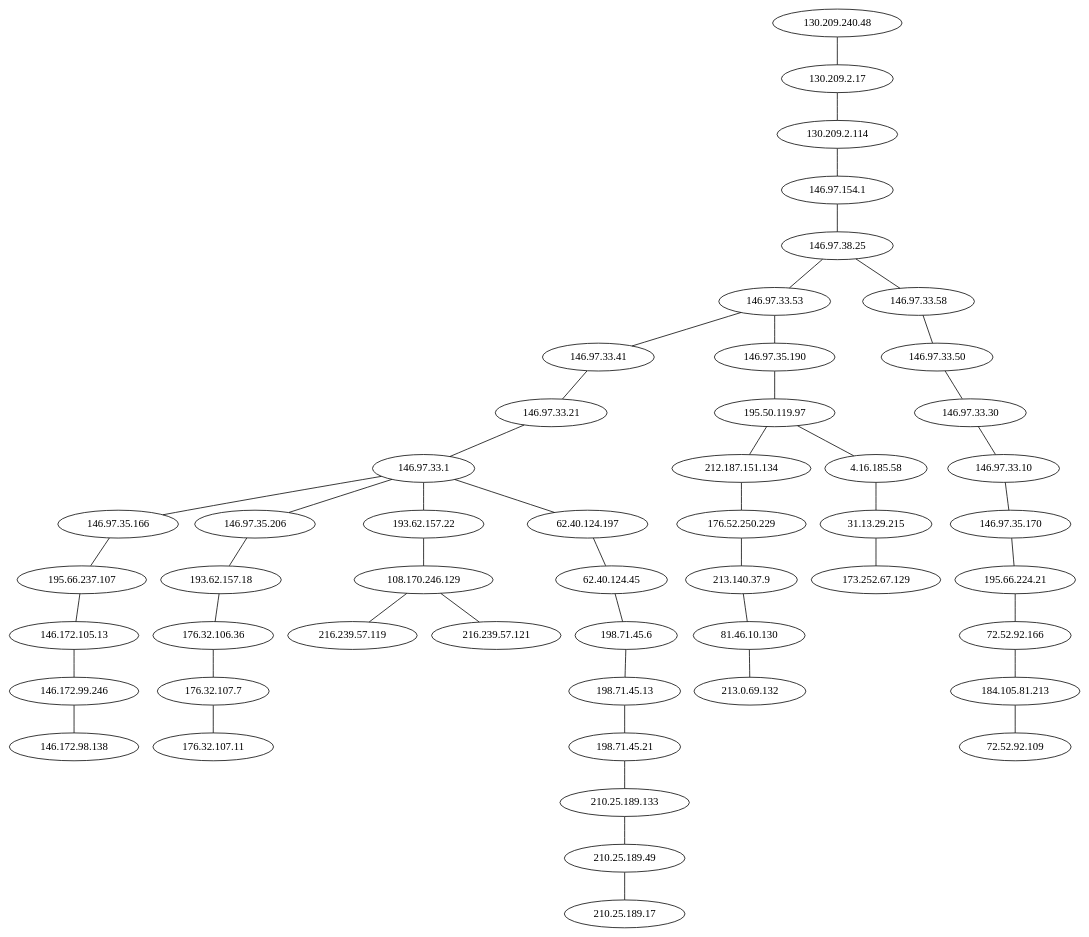
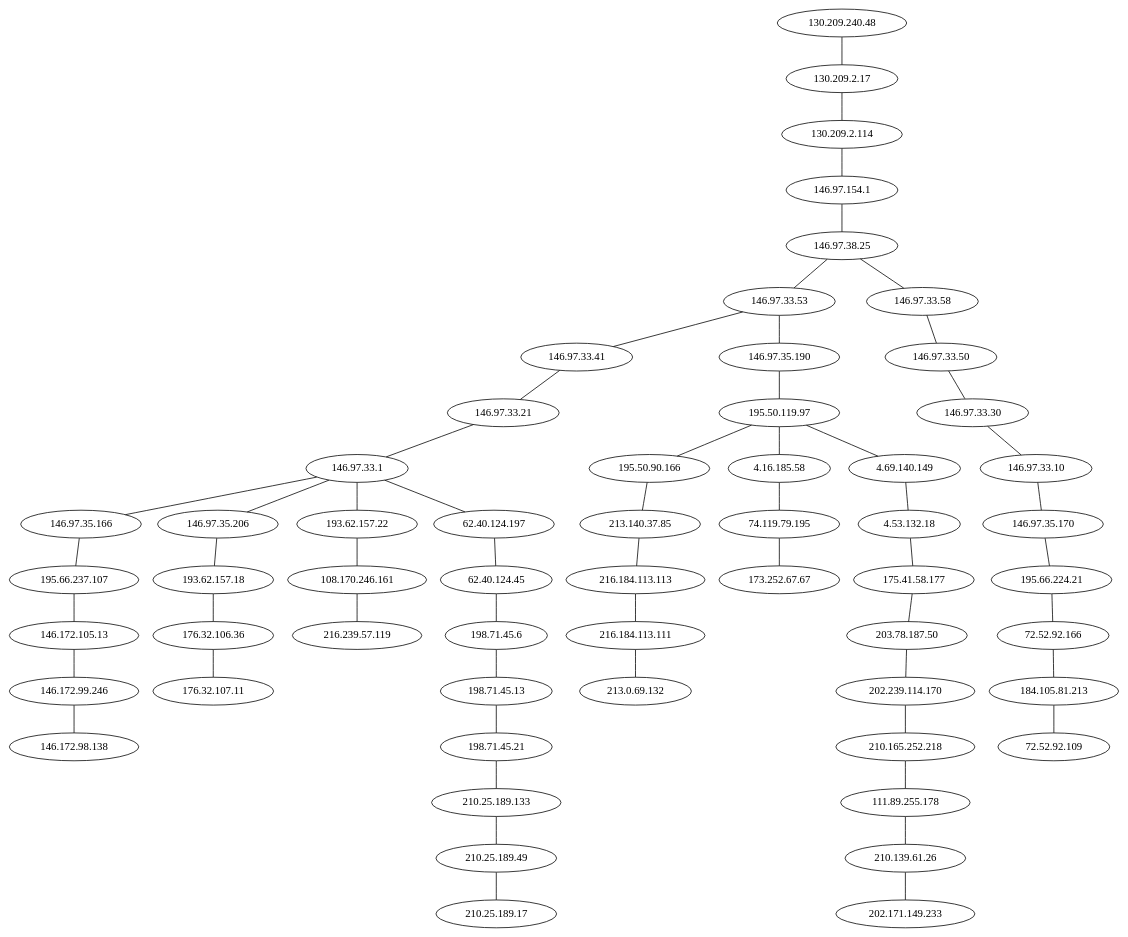
One commit to AlexTrew/Network_Topology changed the diagram in router-topology-v4.dot. Above: the diagram before and after it, drawn with Graphviz. The commit also changed 24 other files, not shown here.

```diff
--- a/router-topology-v4.dot
+++ b/router-topology-v4.dot
@@ -1,51 +1,58 @@
 graph routertopology {
-"108.170.246.129"  -- "216.239.57.119"
-"108.170.246.129"  -- "216.239.57.121"
+"108.170.246.161"  -- "216.239.57.119"
+"111.89.255.178"  -- "210.139.61.26"
 "130.209.2.114"  -- "146.97.154.1"
 "130.209.2.17"  -- "130.209.2.114"
 "130.209.240.48"  -- "130.209.2.17"
 "146.172.105.13"  -- "146.172.99.246"
 "146.172.99.246"  -- "146.172.98.138"
 "146.97.154.1"  -- "146.97.38.25"
 "146.97.33.10"  -- "146.97.35.170"
 "146.97.33.1"  -- "146.97.35.166"
 "146.97.33.1"  -- "146.97.35.206"
 "146.97.33.1"  -- "193.62.157.22"
 "146.97.33.1"  -- "62.40.124.197"
 "146.97.33.21"  -- "146.97.33.1"
 "146.97.33.30"  -- "146.97.33.10"
 "146.97.33.41"  -- "146.97.33.21"
 "146.97.33.50"  -- "146.97.33.30"
 "146.97.33.53"  -- "146.97.33.41"
 "146.97.33.53"  -- "146.97.35.190"
 "146.97.33.58"  -- "146.97.33.50"
 "146.97.35.166"  -- "195.66.237.107"
 "146.97.35.170"  -- "195.66.224.21"
 "146.97.35.190"  -- "195.50.119.97"
 "146.97.35.206"  -- "193.62.157.18"
 "146.97.38.25"  -- "146.97.33.53"
 "146.97.38.25"  -- "146.97.33.58"
-"176.32.106.36"  -- "176.32.107.7"
-"176.32.107.7"  -- "176.32.107.11"
-"176.52.250.229"  -- "213.140.37.9"
+"175.41.58.177"  -- "203.78.187.50"
+"176.32.106.36"  -- "176.32.107.11"
 "184.105.81.213"  -- "72.52.92.109"
 "193.62.157.18"  -- "176.32.106.36"
-"193.62.157.22"  -- "108.170.246.129"
-"195.50.119.97"  -- "212.187.151.134"
+"193.62.157.22"  -- "108.170.246.161"
+"195.50.119.97"  -- "195.50.90.166"
 "195.50.119.97"  -- "4.16.185.58"
+"195.50.119.97"  -- "4.69.140.149"
+"195.50.90.166"  -- "213.140.37.85"
 "195.66.224.21"  -- "72.52.92.166"
 "195.66.237.107"  -- "146.172.105.13"
 "198.71.45.13"  -- "198.71.45.21"
 "198.71.45.21"  -- "210.25.189.133"
 "198.71.45.6"  -- "198.71.45.13"
+"202.239.114.170"  -- "210.165.252.218"
+"203.78.187.50"  -- "202.239.114.170"
+"210.139.61.26"  -- "202.171.149.233"
+"210.165.252.218"  -- "111.89.255.178"
 "210.25.189.133"  -- "210.25.189.49"
 "210.25.189.49"  -- "210.25.189.17"
-"212.187.151.134"  -- "176.52.250.229"
-"213.140.37.9"  -- "81.46.10.130"
-"31.13.29.215"  -- "173.252.67.129"
-"4.16.185.58"  -- "31.13.29.215"
+"213.140.37.85"  -- "216.184.113.113"
+"216.184.113.111"  -- "213.0.69.132"
+"216.184.113.113"  -- "216.184.113.111"
+"4.16.185.58"  -- "74.119.79.195"
+"4.53.132.18"  -- "175.41.58.177"
+"4.69.140.149"  -- "4.53.132.18"
 "62.40.124.197"  -- "62.40.124.45"
 "62.40.124.45"  -- "198.71.45.6"
 "72.52.92.166"  -- "184.105.81.213"
-"81.46.10.130"  -- "213.0.69.132"
+"74.119.79.195"  -- "173.252.67.67"
 }
```
